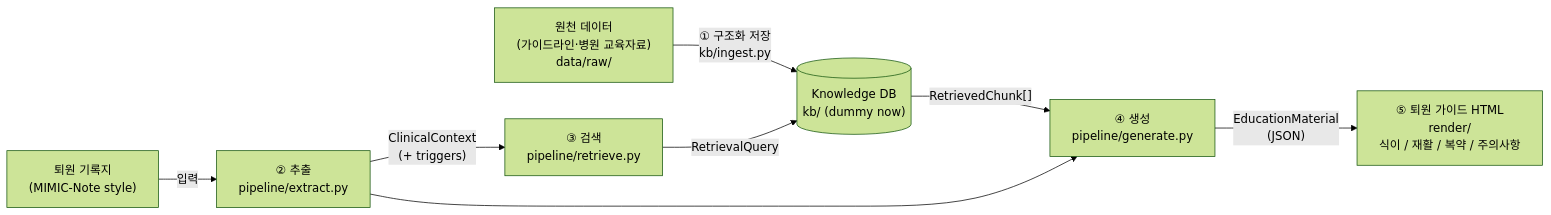
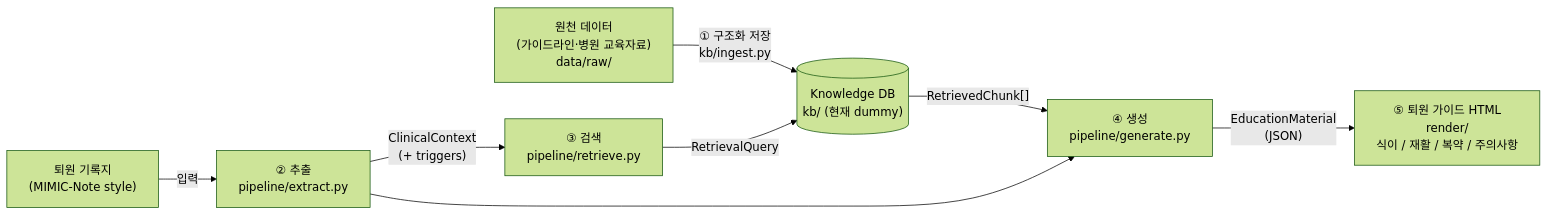
Before and after one commit to jwc-rad/hf-discharge-education: the diagram in docs/architecture.md, drawn with Mermaid (forest theme). The commit also changed other lines of this file and 4 other files, not shown here.

````diff
--- a/docs/architecture.md
+++ b/docs/architecture.md
@@ -5,10 +5,10 @@
 ```mermaid
 flowchart LR
-    RAW["원천 데이터<br/>(가이드라인·병원 교육자료)<br/>data/raw/"] -- "① 구조화 저장<br/>kb/ingest.py" --> DB[("Knowledge DB<br/>kb/ (dummy now)")]
+    RAW["원천 데이터<br/>(가이드라인·병원 교육자료)<br/>data/raw/"] -- "① 구조화 저장<br/>kb/ingest.py" --> DB[("Knowledge DB<br/>kb/ (현재 dummy)")]
     NOTE["퇴원 기록지<br/>(MIMIC-Note style)"] -- "입력" --> EX["② 추출<br/>pipeline/extract.py"]
     EX -- "ClinicalContext<br/>(+ triggers)" --> RET["③ 검색<br/>pipeline/retrieve.py"]
     RET -- "RetrievalQuery" --> DB
     DB -- "RetrievedChunk[]" --> GEN["④ 생성<br/>pipeline/generate.py"]
     EX --> GEN
     GEN -- "EducationMaterial<br/>(JSON)" --> HTML["⑤ 퇴원 가이드 HTML<br/>render/<br/>식이 / 재활 / 복약 / 주의사항"]
 ```
````
